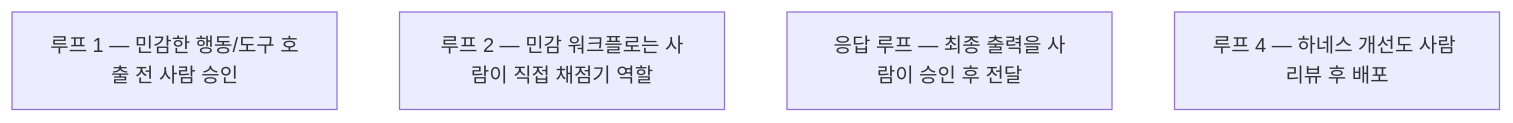
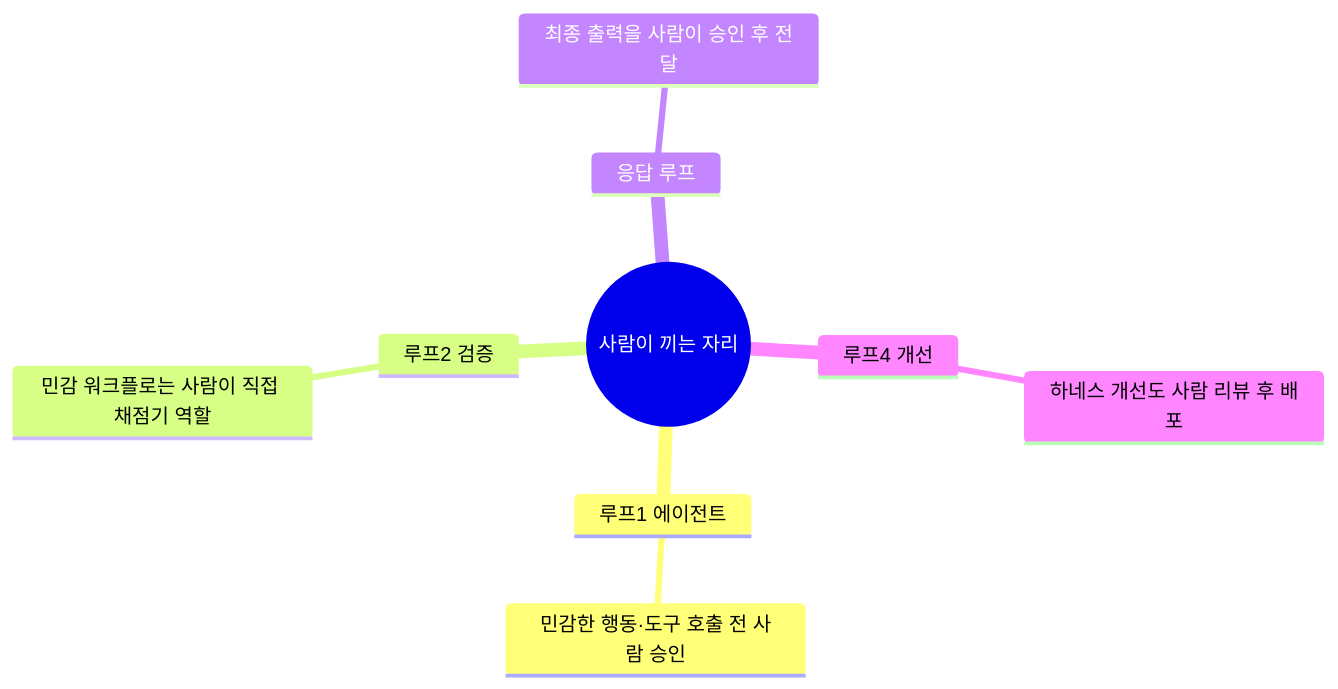
One commit to DBhyeong/DBhyeong.github.io changed the tenth of 11 diagrams in content/blog/loop-engineering-four-loops-loopcraft.md. Above: the diagram before and after it, drawn with Mermaid. The commit also changed 1 other file, not shown here.

Commit message:
리터치: 도식 다양화 규칙 적용(2곳, 외과적)
- loop-engineering: '사람은 어디에'(화살표 없는 flowchart=분류) → mindmap
- loop-vs-harness: 세 기법 속성 비교 표 추가(옵션 비교=표)
flowchart가 옳은 도식은 그대로 유지.

````diff
--- a/content/blog/loop-engineering-four-loops-loopcraft.md
+++ b/content/blog/loop-engineering-four-loops-loopcraft.md
@@ -165,7 +165,12 @@
 ```mermaid
-flowchart TB
-    H1["루프 1 — 민감한 행동/도구 호출 전 사람 승인"]
-    H2["루프 2 — 민감 워크플로는 사람이 직접 채점기 역할"]
-    H3["응답 루프 — 최종 출력을 사람이 승인 후 전달"]
-    H4["루프 4 — 하네스 개선도 사람 리뷰 후 배포"]
+mindmap
+  root((사람이 끼는 자리))
+    루프1 에이전트
+      민감한 행동·도구 호출 전 사람 승인
+    루프2 검증
+      민감 워크플로는 사람이 직접 채점기 역할
+    응답 루프
+      최종 출력을 사람이 승인 후 전달
+    루프4 개선
+      하네스 개선도 사람 리뷰 후 배포
 ```
````
